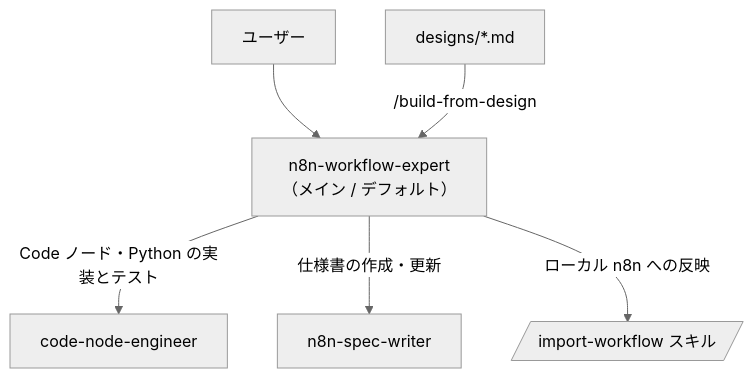
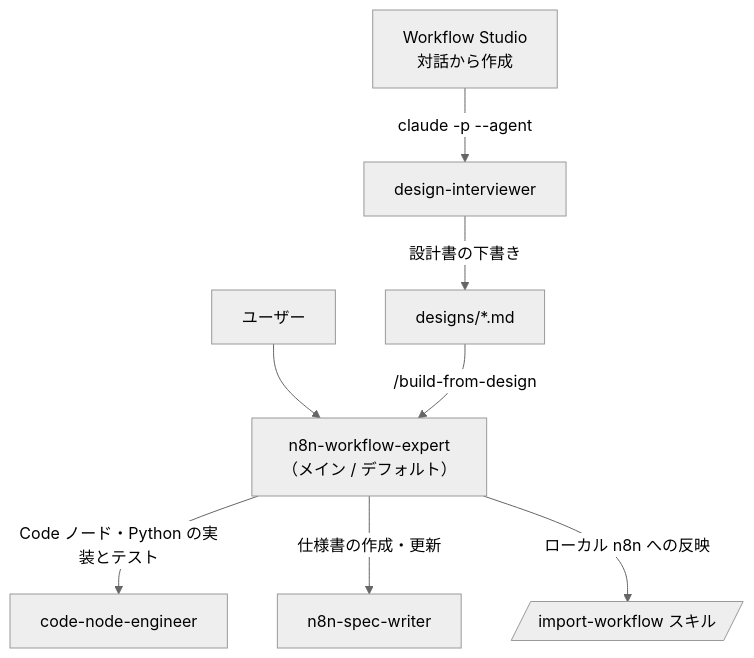
Before and after one commit to aki0609-free/n8n-workflow: the diagram in doc/claude-code.md, drawn with Mermaid (neutral theme). The commit also changed other lines of this file and 28 other files, not shown here.

First line of the commit message:
Add Workflow Studio (stage 2): build apps from designs or by conversation

````diff
--- a/doc/claude-code.md
+++ b/doc/claude-code.md
@@ -7,8 +7,10 @@
 ```mermaid
 flowchart TD
   U[ユーザー] --> M["n8n-workflow-expert<br/>（メイン / デフォルト）"]
   M -->|Code ノード・Python の実装とテスト| C[code-node-engineer]
   M -->|仕様書の作成・更新| S[n8n-spec-writer]
   M -->|ローカル n8n への反映| K[/import-workflow スキル/]
+  ST["Workflow Studio<br/>対話から作成"] -->|claude -p --agent| I[design-interviewer]
+  I -->|設計書の下書き| D
   D["designs/*.md"] -->|/build-from-design| M
 ```
````
